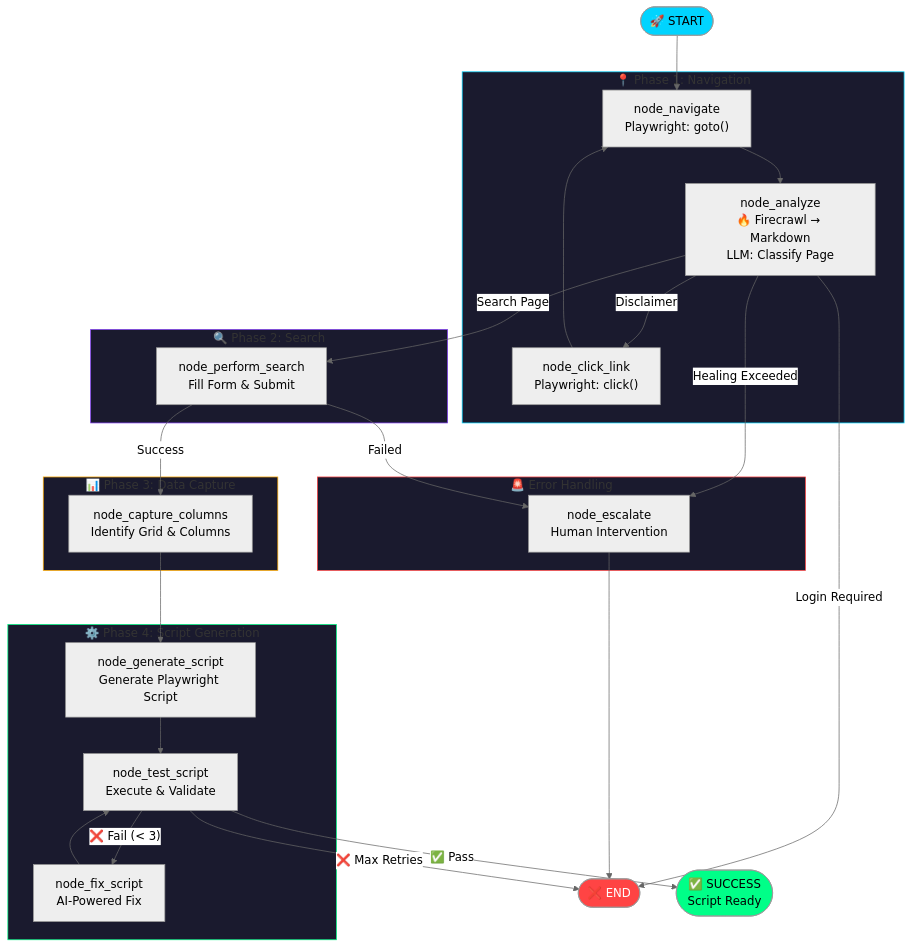
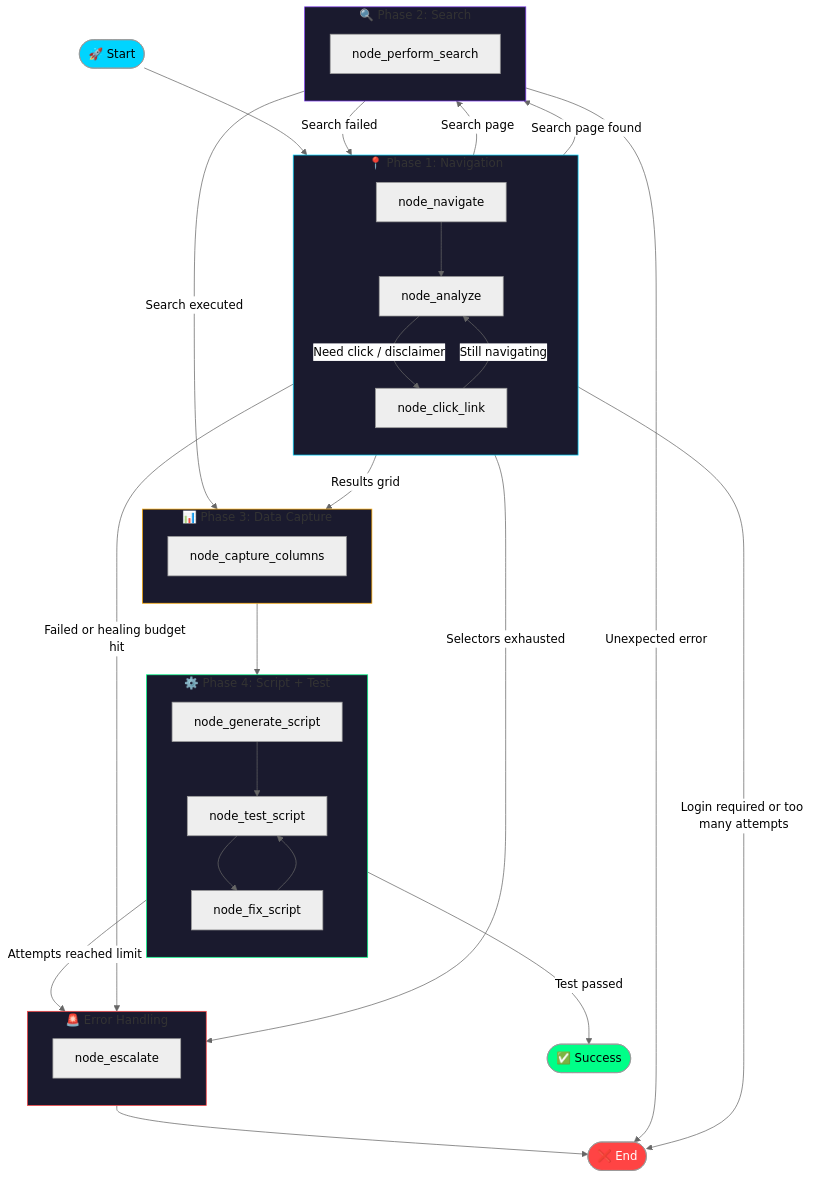
Before and after one commit to ivanquiroscenteno1234/deep-scraper-agent: the diagram in doc/workflow.md, drawn with Mermaid (neutral theme). The commit also changed other lines of this file and 55 other files, not shown here.

Commit message:
Refactor of the repo, tested script generator and ran for current working agents, still working correctly after testing.

````diff
--- a/doc/workflow.md
+++ b/doc/workflow.md
@@ -22,62 +18,66 @@
 ```mermaid
 flowchart TD
-    START([🚀 START]) --> navigate
+    START([🚀 Start]) --> NAV
 
-    subgraph NAVIGATION["📍 Phase 1: Navigation"]
-        navigate["node_navigate<br/>Playwright: goto()"]
-        analyze["node_analyze<br/>🔥 Firecrawl → Markdown<br/>LLM: Classify Page"]
-        click_link["node_click_link<br/>Playwright: click()"]
+    subgraph P1["📍 Phase 1: Navigation"]
+        direction TB
+        NAV["node_navigate"] --> ANA["node_analyze"]
+        CLK["node_click_link"]
     end
 
-    subgraph SEARCH["🔍 Phase 2: Search"]
-        perform_search["node_perform_search<br/>Fill Form & Submit"]
+    subgraph P2["🔍 Phase 2: Search"]
+        direction TB
+        SRCH["node_perform_search"]
     end
 
-    subgraph CAPTURE["📊 Phase 3: Data Capture"]
-        capture_columns["node_capture_columns<br/>Identify Grid & Columns"]
+    subgraph P3["📊 Phase 3: Data Capture"]
+        direction TB
+        CAP["node_capture_columns"]
     end
 
-    subgraph SCRIPT["⚙️ Phase 4: Script Generation"]
-        generate_script["node_generate_script<br/>Generate Playwright Script"]
-        test_script["node_test_script<br/>Execute & Validate"]
-        fix_script["node_fix_script<br/>AI-Powered Fix"]
+    subgraph P4["⚙️ Phase 4: Script + Test"]
+        direction TB
+        GEN["node_generate_script"] --> TST["node_test_script"]
+        FIX["node_fix_script"]
     end
 
-    subgraph ERROR["🚨 Error Handling"]
-        escalate["node_escalate<br/>Human Intervention"]
+    subgraph P5["🚨 Error Handling"]
+        direction TB
+        ESC["node_escalate"]
     end
 
-    navigate --> analyze
-    
-    analyze -->|"Search Page"| perform_search
-    analyze -->|"Disclaimer"| click_link
-    analyze -->|"Login Required"| END_FAIL
-    analyze -->|"Healing Exceeded"| escalate
-    
-    click_link --> navigate
-    
-    perform_search -->|"Success"| capture_columns
-    perform_search -->|"Failed"| escalate
-    
-    capture_columns --> generate_script
-    generate_script --> test_script
-    
-    test_script -->|"✅ Pass"| END_SUCCESS
-    test_script -->|"❌ Fail (< 3)"| fix_script
-    test_script -->|"❌ Max Retries"| END_FAIL
-    
-    fix_script --> test_script
-    escalate --> END_FAIL
+    ANA -->|Search page| SRCH
+    ANA -->|Results grid| CAP
+    ANA -->|Need click / disclaimer| CLK
+    ANA -->|Login required or too many attempts| END_FAIL
+    ANA -->|Failed or healing budget hit| ESC
 
-    END_SUCCESS([✅ SUCCESS<br/>Script Ready])
-    END_FAIL([❌ END])
+    CLK -->|Still navigating| ANA
+    CLK -->|Search page found| SRCH
+    CLK -->|Selectors exhausted| ESC
+
+    SRCH -->|Search executed| CAP
+    SRCH -->|Search failed| ANA
+    SRCH -->|Unexpected error| END_FAIL
+
+    CAP --> GEN
+
+    TST -->|Test passed| END_SUCCESS
+    TST --> FIX
+    TST -->|Attempts reached limit| ESC
+    FIX --> TST
+
+    ESC --> END_FAIL
+
+    END_SUCCESS([✅ Success])
+    END_FAIL([❌ End])
 
     style START fill:#00d4ff,color:#000
     style END_SUCCESS fill:#00ff88,color:#000
     style END_FAIL fill:#ff4444,color:#fff
-    style NAVIGATION fill:#1a1a2e,stroke:#00d4ff
-    style SEARCH fill:#1a1a2e,stroke:#7c3aed
-    style CAPTURE fill:#1a1a2e,stroke:#ffaa00
-    style SCRIPT fill:#1a1a2e,stroke:#00ff88
-    style ERROR fill:#1a1a2e,stroke:#ff4444
+    style P1 fill:#1a1a2e,stroke:#00d4ff
+    style P2 fill:#1a1a2e,stroke:#7c3aed
+    style P3 fill:#1a1a2e,stroke:#ffaa00
+    style P4 fill:#1a1a2e,stroke:#00ff88
+    style P5 fill:#1a1a2e,stroke:#ff4444
 ```
````
